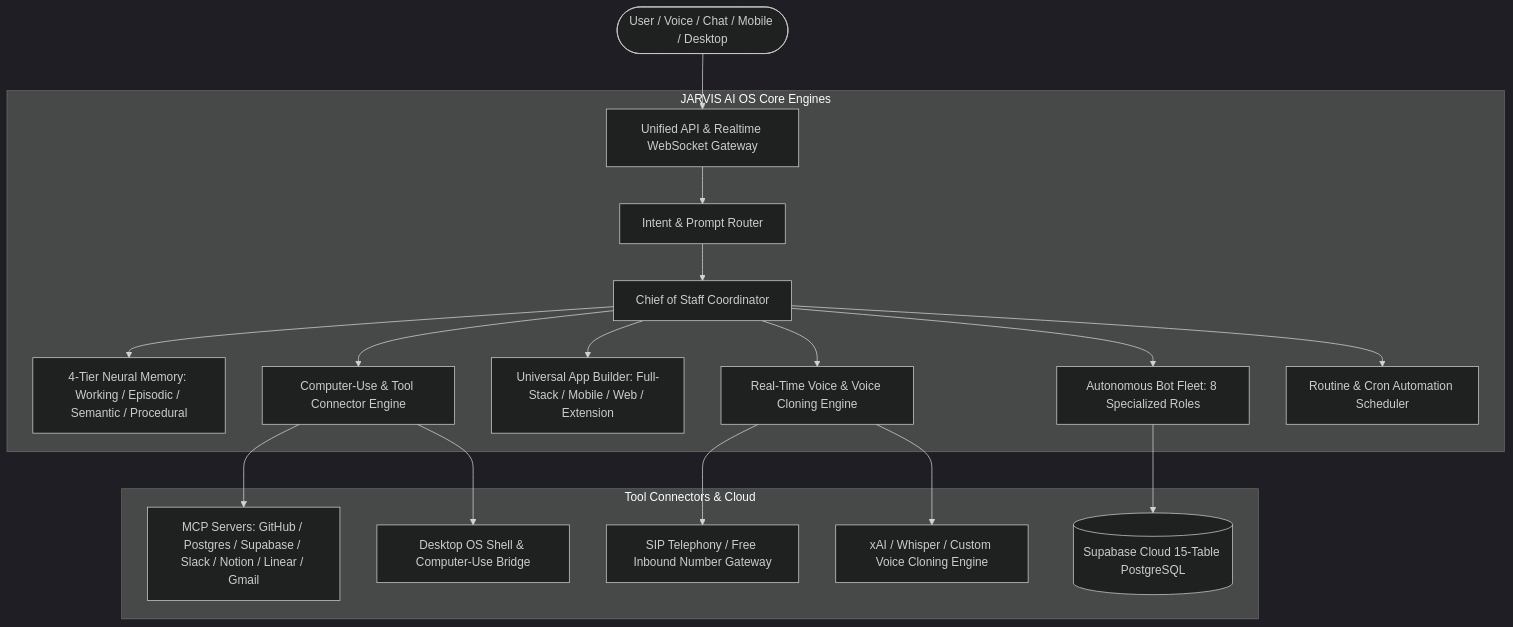
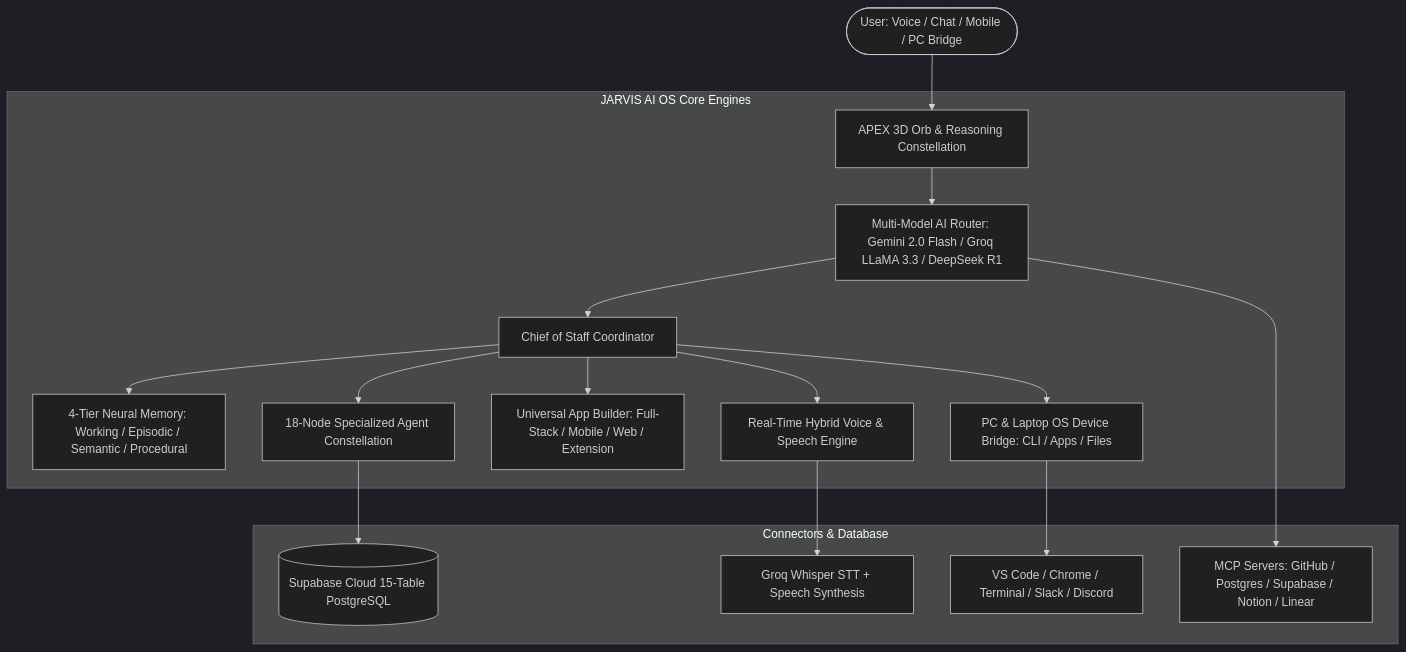
One commit to Vishwajeetsrk/JARVIS-AI-OS changed the diagram in README.md. Above: the diagram before and after it, drawn with Mermaid (dark theme). The commit also changed other lines of this file and 11 other files, not shown here.

Commit message:
docs and feat: v4.0.0 APEX constellation, voice pipeline, OS device bridge and full documentation

````diff
--- a/README.md
+++ b/README.md
@@ -31,23 +37,21 @@
 ```mermaid
 graph TD
-    User([User / Voice / Chat / Mobile / Desktop]) --> Gateway[Unified API & Realtime WebSocket Gateway]
+    User([User: Voice / Chat / Mobile / PC Bridge]) --> APEX[APEX 3D Orb & Reasoning Constellation]
     
     subgraph Core_OS_Engines [JARVIS AI OS Core Engines]
-        Gateway --> IntentRouter[Intent & Prompt Router]
-        IntentRouter --> ChiefOfStaff[Chief of Staff Coordinator]
+        APEX --> Router[Multi-Model AI Router: Gemini 2.0 Flash / Groq LLaMA 3.3 / DeepSeek R1]
+        Router --> ChiefOfStaff[Chief of Staff Coordinator]
         ChiefOfStaff --> MemoryEngine[4-Tier Neural Memory: Working / Episodic / Semantic / Procedural]
-        ChiefOfStaff --> AgentFleet[Autonomous Bot Fleet: 8 Specialized Roles]
+        ChiefOfStaff --> AgentConstellation[18-Node Specialized Agent Constellation]
         ChiefOfStaff --> AppForge[Universal App Builder: Full-Stack / Mobile / Web / Extension]
-        ChiefOfStaff --> VoiceEngine[Real-Time Voice & Voice Cloning Engine]
-        ChiefOfStaff --> ToolRunner[Computer-Use & Tool Connector Engine]
-        ChiefOfStaff --> Scheduler[Routine & Cron Automation Scheduler]
+        ChiefOfStaff --> VoiceEngine[Real-Time Hybrid Voice & Speech Engine]
+        ChiefOfStaff --> OSBridge[PC & Laptop OS Device Bridge: CLI / Apps / Files]
     end
 
-    subgraph External_Integrations [Tool Connectors & Cloud]
-        ToolRunner --> MCP[MCP Servers: GitHub / Postgres / Supabase / Slack / Notion / Linear / Gmail]
-        ToolRunner --> DesktopBridge[Desktop OS Shell & Computer-Use Bridge]
-        VoiceEngine --> TelephonySIP[SIP Telephony / Free Inbound Number Gateway]
-        VoiceEngine --> VoiceCloner[xAI / Whisper / Custom Voice Cloning Engine]
-        AgentFleet --> AnalyticsDB[(Supabase Cloud 15-Table PostgreSQL)]
+    subgraph Cloud_And_Connectors [Connectors & Database]
+        OSBridge --> LocalApps[VS Code / Chrome / Terminal / Slack / Discord]
+        Router --> MCP[MCP Servers: GitHub / Postgres / Supabase / Notion / Linear]
+        VoiceEngine --> Whisper[Groq Whisper STT + Speech Synthesis]
+        AgentConstellation --> CloudDB[(Supabase Cloud 15-Table PostgreSQL)]
     end
 ```
````
